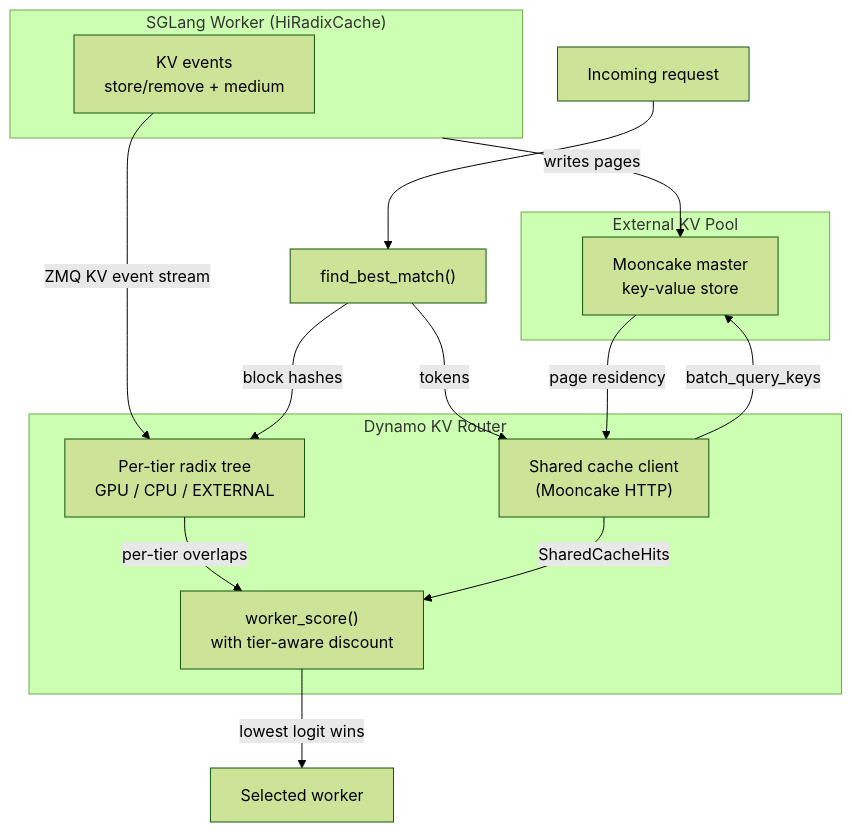
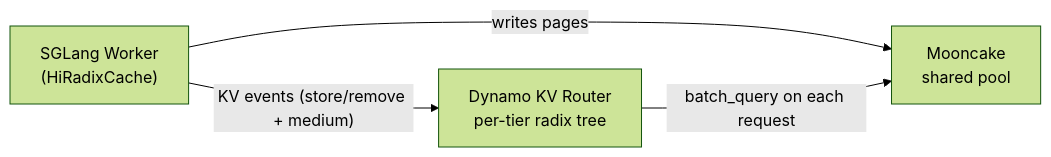
One commit to ai-dynamo/dynamo changed the diagram in docs/backends/sglang/sglang-hicache.md. Above: the diagram before and after it, drawn with Mermaid (forest theme). The commit also changed other lines of this file, not shown here.

First line of the commit message:
docs(sglang/hicache): rewrite page to match backend-doc style

````diff
--- a/docs/backends/sglang/sglang-hicache.md
+++ b/docs/backends/sglang/sglang-hicache.md
@@ -128,28 +78,10 @@
 ```mermaid
-flowchart TB
-    subgraph Worker["SGLang Worker (HiRadixCache)"]
-        Events["KV events<br/>store/remove + medium"]
-    end
+flowchart LR
+    Worker["SGLang Worker<br/>(HiRadixCache)"]
+    Mooncake["Mooncake<br/>shared pool"]
+    Router["Dynamo KV Router<br/>per-tier radix tree"]
 
-    subgraph Router["Dynamo KV Router"]
-        Indexer["Per-tier radix tree<br/>GPU / CPU / EXTERNAL"]
-        SharedCache["Shared cache client<br/>(Mooncake HTTP)"]
-        Scorer["worker_score()<br/>with tier-aware discount"]
-    end
-
-    subgraph External["External KV Pool"]
-        Mooncake["Mooncake master<br/>key-value store"]
-    end
-
-    Events -- "ZMQ KV event stream" --> Indexer
+    Worker -- "KV events (store/remove + medium)" --> Router
     Worker -- "writes pages" --> Mooncake
-
-    Req["Incoming request"] --> FindBest["find_best_match()"]
-    FindBest -- "tokens" --> SharedCache
-    FindBest -- "block hashes" --> Indexer
-    SharedCache -- "batch_query_keys" --> Mooncake
-    Mooncake -- "page residency" --> SharedCache
-    Indexer -- "per-tier overlaps" --> Scorer
-    SharedCache -- "SharedCacheHits" --> Scorer
-    Scorer -- "lowest logit wins" --> Pick["Selected worker"]
+    Router -- "batch_query on each request" --> Mooncake
 ```
````
